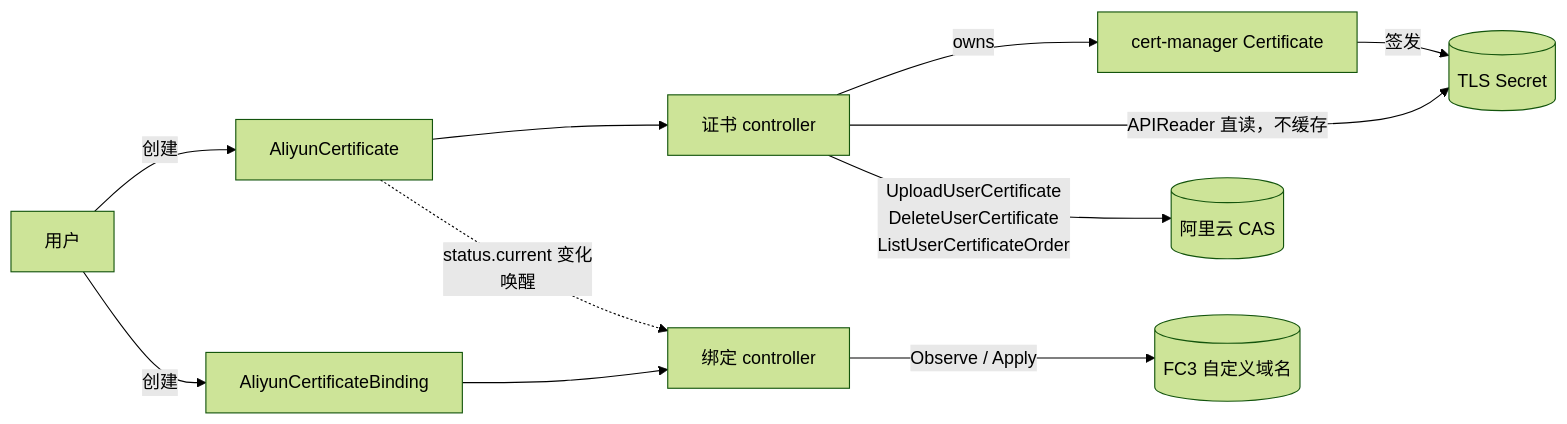
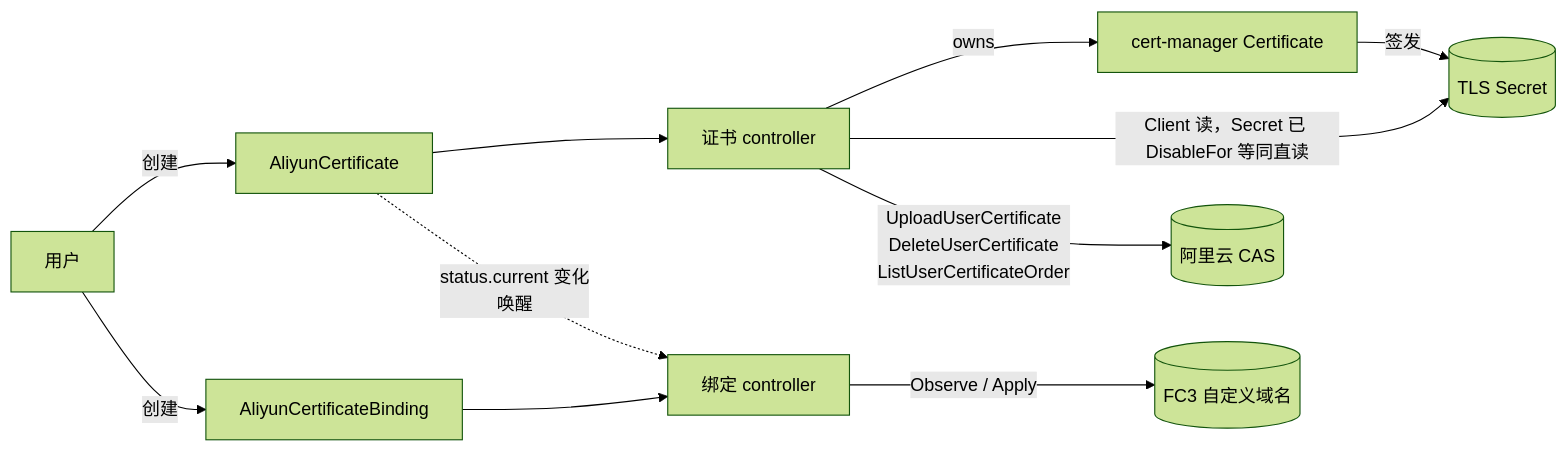
One commit to bestheme/le-to-alicloud changed the diagram in README.md. Above: the diagram before and after it, drawn with Mermaid (forest theme). The commit also changed other lines of this file and 1 other file, not shown here.

````diff
--- a/README.md
+++ b/README.md
@@ -22,13 +22,13 @@
 ```mermaid
 flowchart LR
     U[用户] -->|创建| AC[AliyunCertificate]
     AC --> CC[证书 controller]
     CC -->|owns| CM[cert-manager Certificate]
     CM -->|签发| SEC[(TLS Secret)]
-    CC -->|APIReader 直读，不缓存| SEC
+    CC -->|Client 读，Secret 已 DisableFor 等同直读| SEC
     CC -->|UploadUserCertificate<br/>DeleteUserCertificate<br/>ListUserCertificateOrder| CAS[(阿里云 CAS)]
     U -->|创建| AB[AliyunCertificateBinding]
     AB --> BC[绑定 controller]
     BC -->|Observe / Apply| FC3[(FC3 自定义域名)]
     AC -.->|status.current 变化<br/>唤醒| BC
 ```
````
